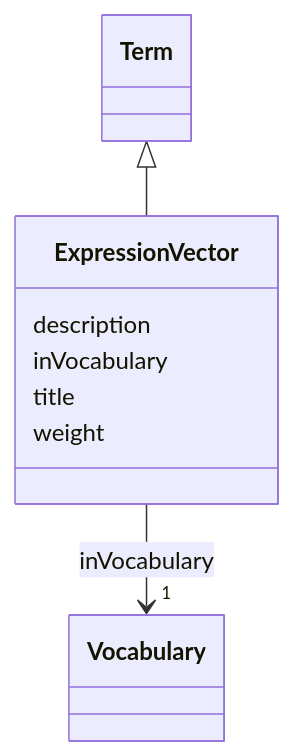
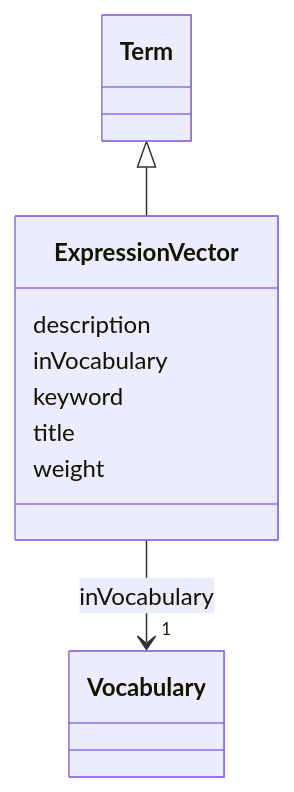
The diagram in models/docs/ExpressionVector.md (EVORA-project/evora-ontology), drawn with Mermaid before and after one commit. The commit also changed other lines of this file and 402 other files, not shown here.

````diff
--- a/models/docs/ExpressionVector.md
+++ b/models/docs/ExpressionVector.md
@@ -19,24 +19,26 @@
 ```mermaid
  classDiagram
     class ExpressionVector
     click ExpressionVector href "../ExpressionVector"
       Term <|-- ExpressionVector
         click Term href "../Term"
       
       ExpressionVector : description
         
       ExpressionVector : inVocabulary
         
           
     
     
     ExpressionVector --> "1" Vocabulary : inVocabulary
     click Vocabulary href "../Vocabulary"
 
         
+      ExpressionVector : keyword
+        
       ExpressionVector : title
         
       ExpressionVector : weight
         
       
 ```
````
